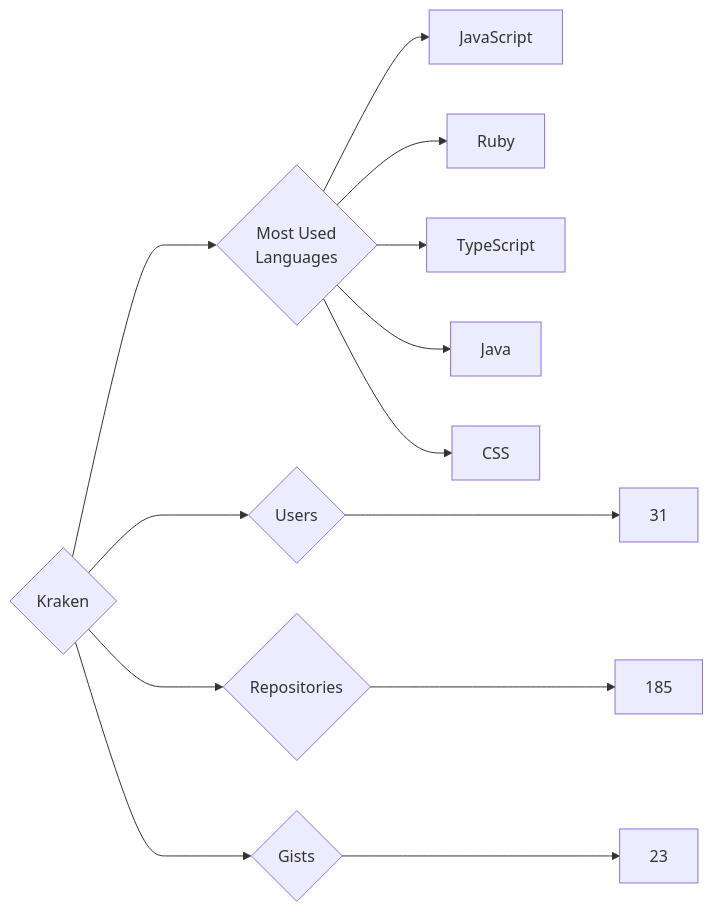
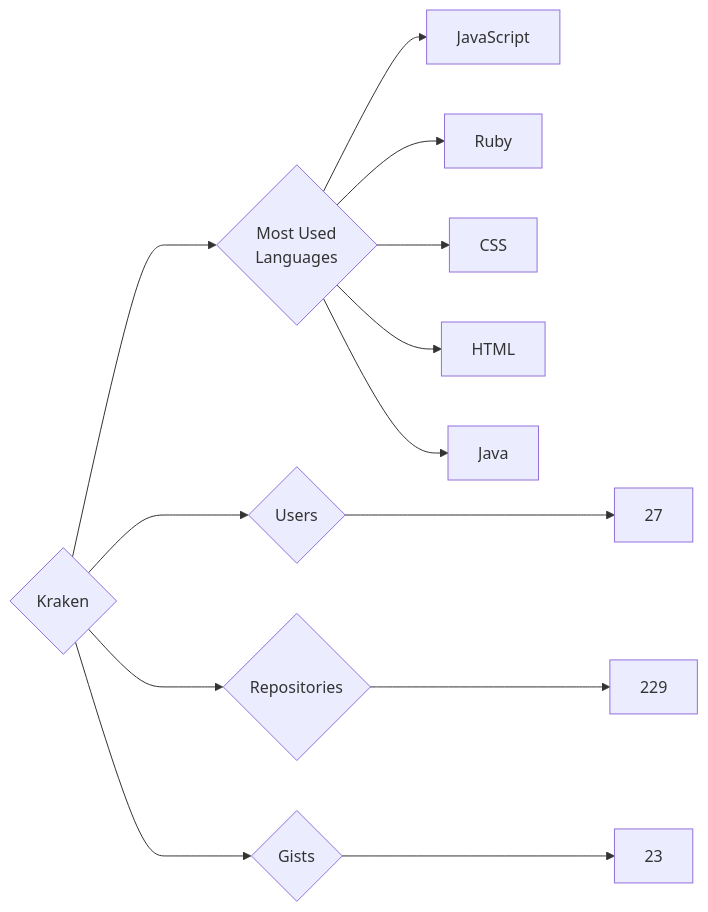
Before and after one commit to trickest/insiders: the diagram in targets/Kraken/README.md, drawn with Mermaid. The commit also changed 925 other files, not shown here.

````diff
--- a/targets/Kraken/README.md
+++ b/targets/Kraken/README.md
@@ -3,13 +3,13 @@
 ```mermaid
 graph LR
 COMPANY_NAME{Kraken}
-COMPANY_NAME ---> U{Users} ---> UN[31]
-COMPANY_NAME ---> R{Repositories} ---> RN[185]
+COMPANY_NAME ---> U{Users} ---> UN[27]
+COMPANY_NAME ---> R{Repositories} ---> RN[229]
 COMPANY_NAME ---> G{Gists} ---> GN[23]
 COMPANY_NAME ---> ML{Most Used<br>Languages}
 ML --> JavaScript[JavaScript]
 ML --> Ruby[Ruby]
-ML --> TypeScript[TypeScript]
+ML --> CSS[CSS]
+ML --> HTML[HTML]
 ML --> Java[Java]
-ML --> CSS[CSS]
 ```
````
